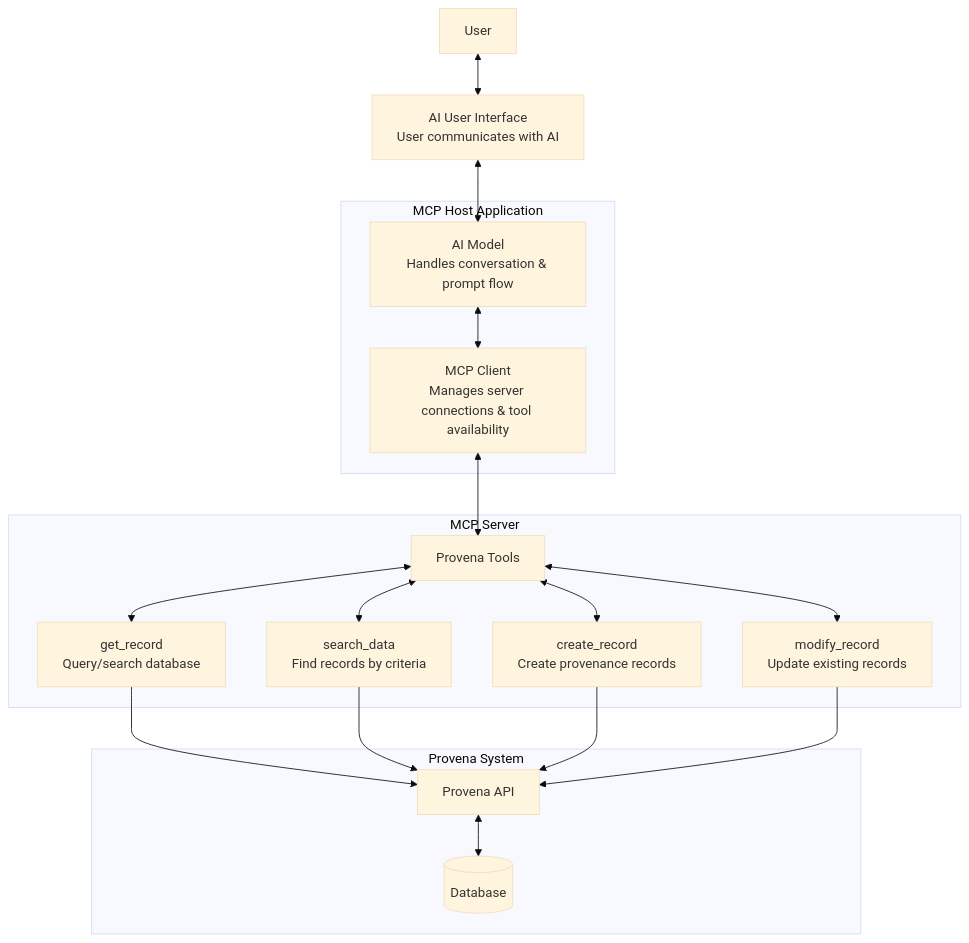
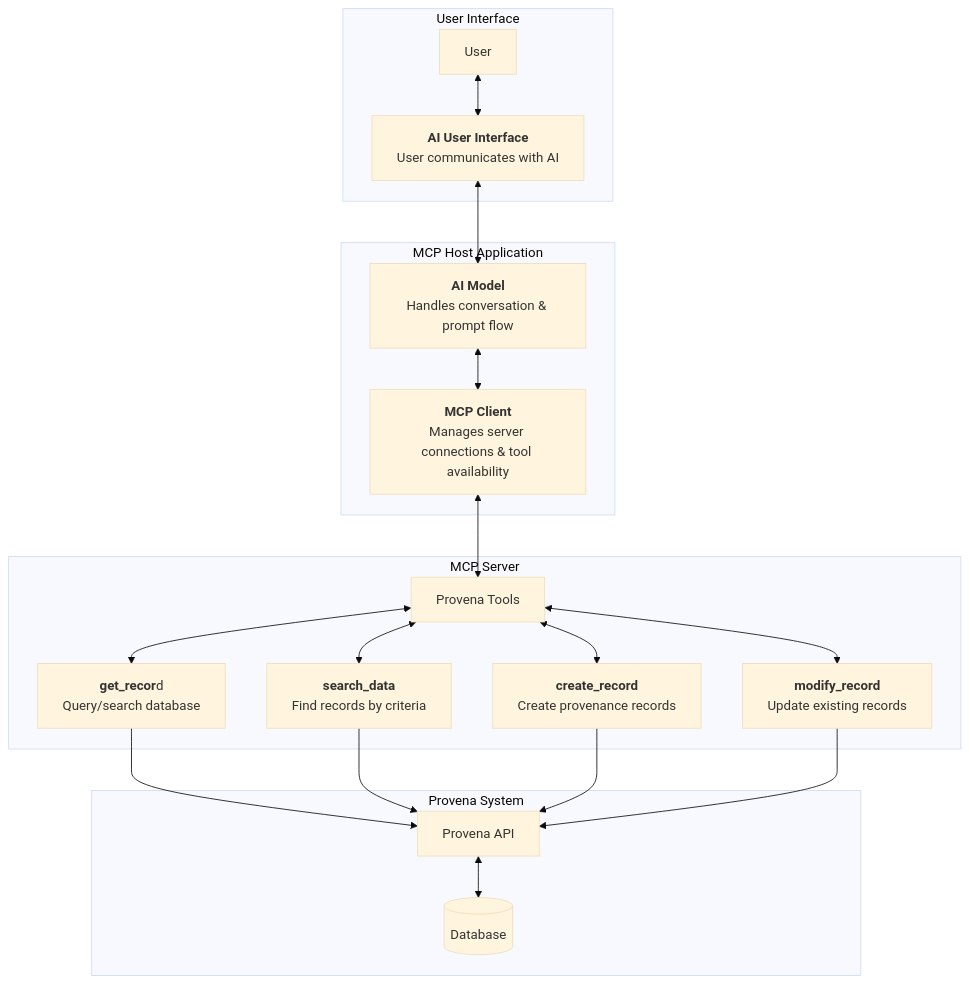
The first of 2 diagrams in README.md (provena/mcp), drawn with Mermaid (base theme) before and after one commit.

````diff
--- a/README.md
+++ b/README.md
@@ -57,33 +57,41 @@
 ```mermaid
 ---
 config:
   layout: dagre
 ---
 flowchart TD
+  subgraph USER_VIEW["User Interface"]
+    User["User"]
+    UI["<b>AI User Interface</b><br>User communicates with AI"]
+  end
+
   subgraph MCP_HOST["MCP Host Application"]
-        AI["AI Model\nHandles conversation & prompt flow"]
-        CLIENT["MCP Client\nManages server connections & tool availability"]
+    AI["<b>AI Model</b><br>Handles conversation & prompt flow"]
+    CLIENT["<b>MCP Client</b><br>Manages server connections & tool availability"]
   end
+
   subgraph MCP_SERVER["MCP Server"]
-        TOOLS["Provena Tools"]
-        GET["get_record<br>Query/search database"]
-        SEARCH["search_data<br>Find records by criteria"]
-        CREATE["create_record<br>Create provenance records"]
-        MODIFY["modify_record<br>Update existing records"]
+    TOOLS["Provena Tools"]
+    GET["<b>get_recor</b>d<br>Query/search database"]
+    SEARCH["<b>search_data</b><br>Find records by criteria"]
+    CREATE["<b>create_record</b><br>Create provenance records"]
+    MODIFY["<b>modify_record</b><br>Update existing records"]
   end
+
   subgraph PROVENA["Provena System"]
-        API["Provena API"]
-        DB[("Database")]
+    API["Provena API"]
+    DB[("Database")]
   end
-  User["User"] <--> UI["AI User Interface\nUser communicates with AI"]
+
+  User <--> UI
   UI <--> AI
   AI <--> CLIENT
   CLIENT <--> TOOLS
   TOOLS <--> GET & SEARCH & CREATE & MODIFY
   GET --> API
   SEARCH --> API
   CREATE --> API
   MODIFY --> API
   API <--> DB
 
 ```
````
